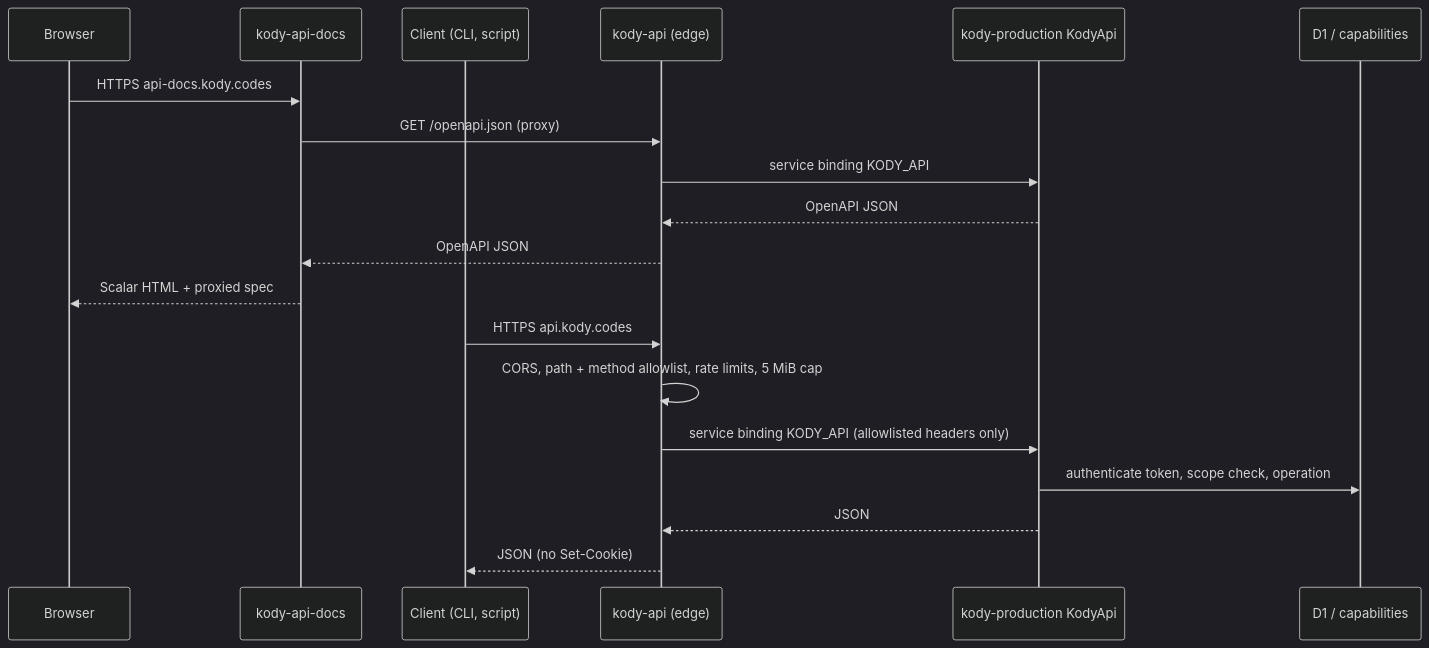
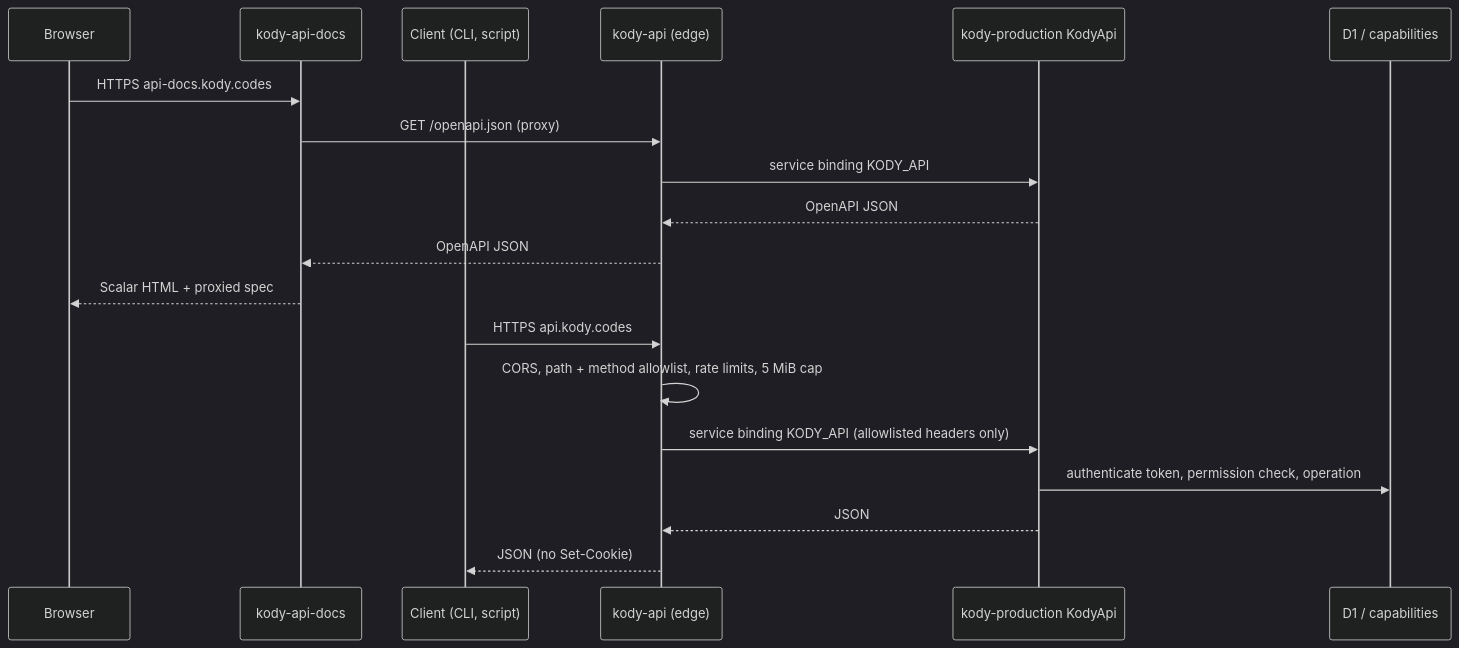
The diagram in docs/contributing/architecture/open-api.md (alindsay55661/kody), drawn with Mermaid (dark theme) before and after one commit. The commit also changed other lines of this file and 76 other files, not shown here.

````diff
--- a/docs/contributing/architecture/open-api.md
+++ b/docs/contributing/architecture/open-api.md
@@ -15,21 +15,21 @@
 ```mermaid
 sequenceDiagram
   participant B as Browser
   participant D as kody-api-docs
   participant C as Client (CLI, script)
   participant E as kody-api (edge)
   participant O as kody-production KodyApi
   participant DB as D1 / capabilities
   B->>D: HTTPS api-docs.kody.codes
   D->>E: GET /openapi.json (proxy)
   E->>O: service binding KODY_API
   O-->>E: OpenAPI JSON
   E-->>D: OpenAPI JSON
   D-->>B: Scalar HTML + proxied spec
   C->>E: HTTPS api.kody.codes
   E->>E: CORS, path + method allowlist, rate limits, 5 MiB cap
   E->>O: service binding KODY_API (allowlisted headers only)
-  O->>DB: authenticate token, scope check, operation
+  O->>DB: authenticate token, permission check, operation
   O-->>E: JSON
   E-->>C: JSON (no Set-Cookie)
 ```
````
